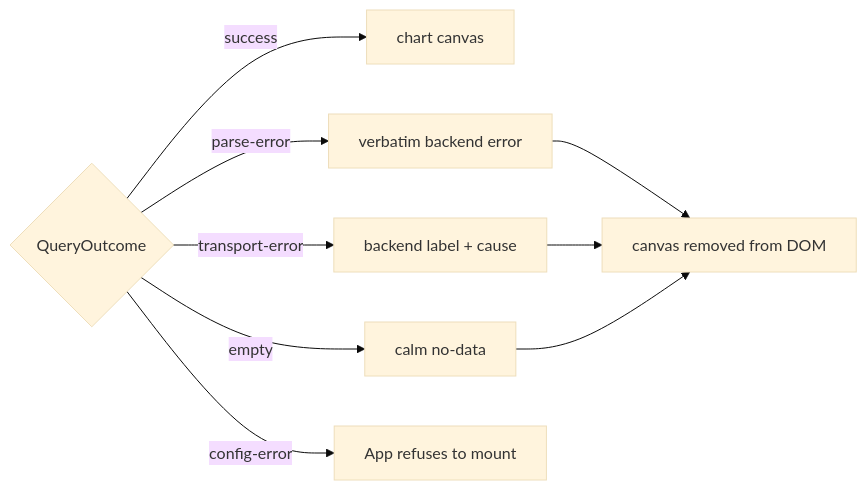
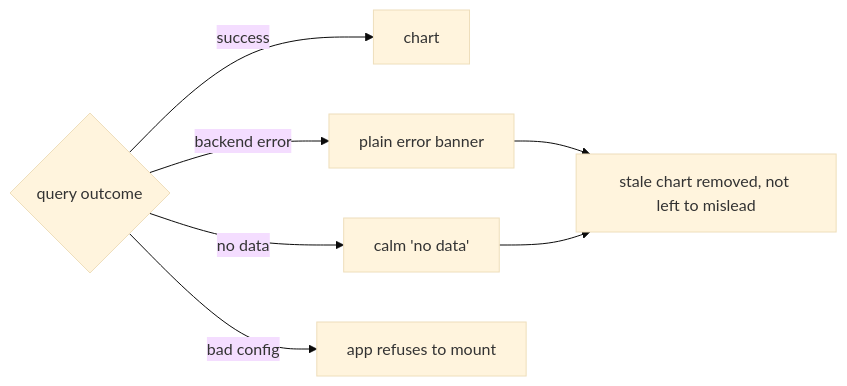
The diagram in src/content/docs/components/prism.md (andrealaforgia/kaleidoscope-site), drawn with Mermaid (base theme) before and after one commit. The commit also changed other lines of this file and 23 other files, not shown here.

````diff
--- a/src/content/docs/components/prism.md
+++ b/src/content/docs/components/prism.md
@@ -30,11 +28,9 @@
 ```mermaid
 flowchart LR
- O{QueryOutcome} -->|success| Chart[chart canvas]
- O -->|empty| Calm[calm no-data]
- O -->|parse-error| PB[verbatim backend error]
- O -->|transport-error| TB[backend label + cause]
- O -->|config-error| Refuse[App refuses to mount]
- PB --> Remove[canvas removed from DOM]
- TB --> Remove
- Calm --> Remove
+    O{query outcome} -->|success| Chart[chart]
+    O -->|no data| Calm[calm 'no data']
+    O -->|backend error| Banner[plain error banner]
+    O -->|bad config| Refuse[app refuses to mount]
+    Banner --> Removed[stale chart removed, not left to mislead]
+    Calm --> Removed
 ```
````
